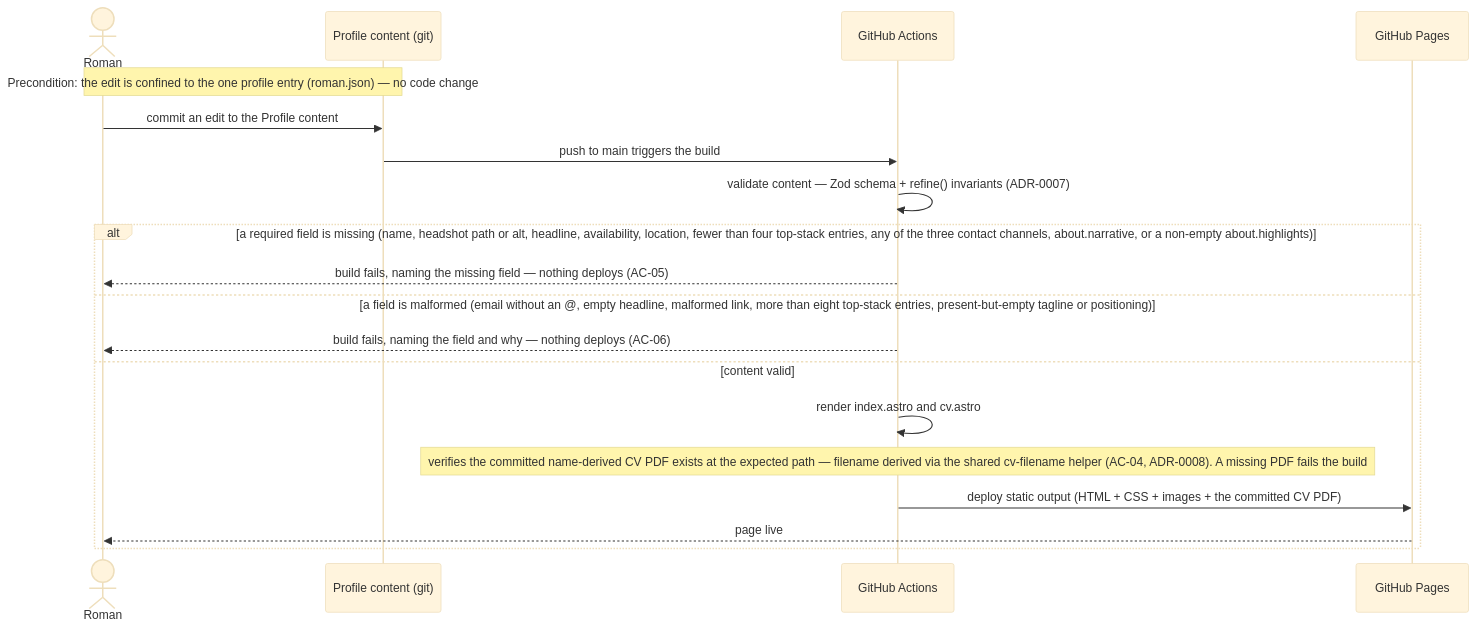
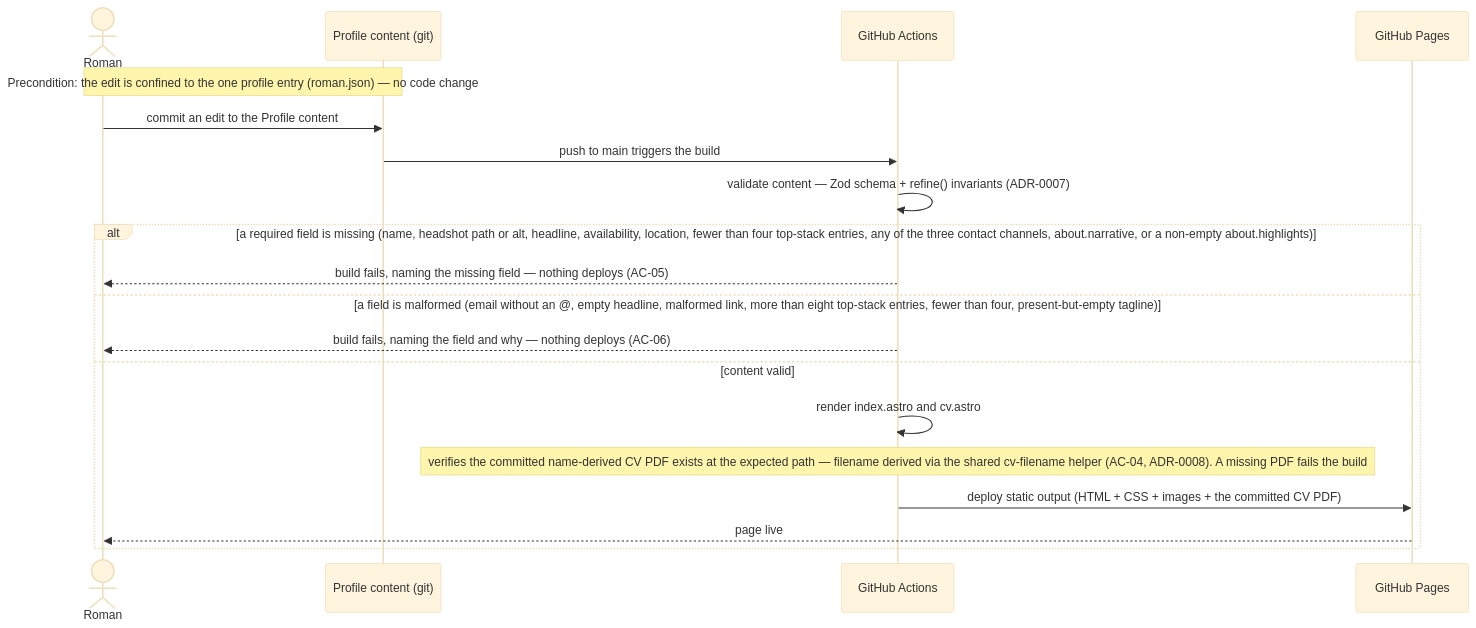
Before and after one commit to financeasist/personal-page: the sixth of 6 diagrams in docs/features/personal-landing/sad.md, drawn with Mermaid (base theme). The commit also changed other lines of this file and 6 other files, not shown here.

````diff
--- a/docs/features/personal-landing/sad.md
+++ b/docs/features/personal-landing/sad.md
@@ -243,21 +264,21 @@
 ```mermaid
 sequenceDiagram
     actor Roman
     participant Repo as Profile content (git)
     participant CI as GitHub Actions
     participant Pages as GitHub Pages
     Note over Roman,Repo: Precondition: the edit is confined to the one profile entry (roman.json) — no code change
     Roman->>Repo: commit an edit to the Profile content
     Repo->>CI: push to main triggers the build
     CI->>CI: validate content — Zod schema + refine() invariants (ADR-0007)
     alt a required field is missing (name, headshot path or alt, headline, availability, location, fewer than four top-stack entries, any of the three contact channels, about.narrative, or a non-empty about.highlights)
         CI-->>Roman: build fails, naming the missing field — nothing deploys (AC-05)
-    else a field is malformed (email without an @, empty headline, malformed link, more than eight top-stack entries, present-but-empty tagline or positioning)
+    else a field is malformed (email without an @, empty headline, malformed link, more than eight top-stack entries, fewer than four, present-but-empty tagline)
         CI-->>Roman: build fails, naming the field and why — nothing deploys (AC-06)
     else content valid
         CI->>CI: render index.astro and cv.astro
         Note over CI: verifies the committed name-derived CV PDF exists at the expected path — filename derived via the shared cv-filename helper (AC-04, ADR-0008). A missing PDF fails the build
         CI->>Pages: deploy static output (HTML + CSS + images + the committed CV PDF)
         Pages-->>Roman: page live
     end
 ```
````
